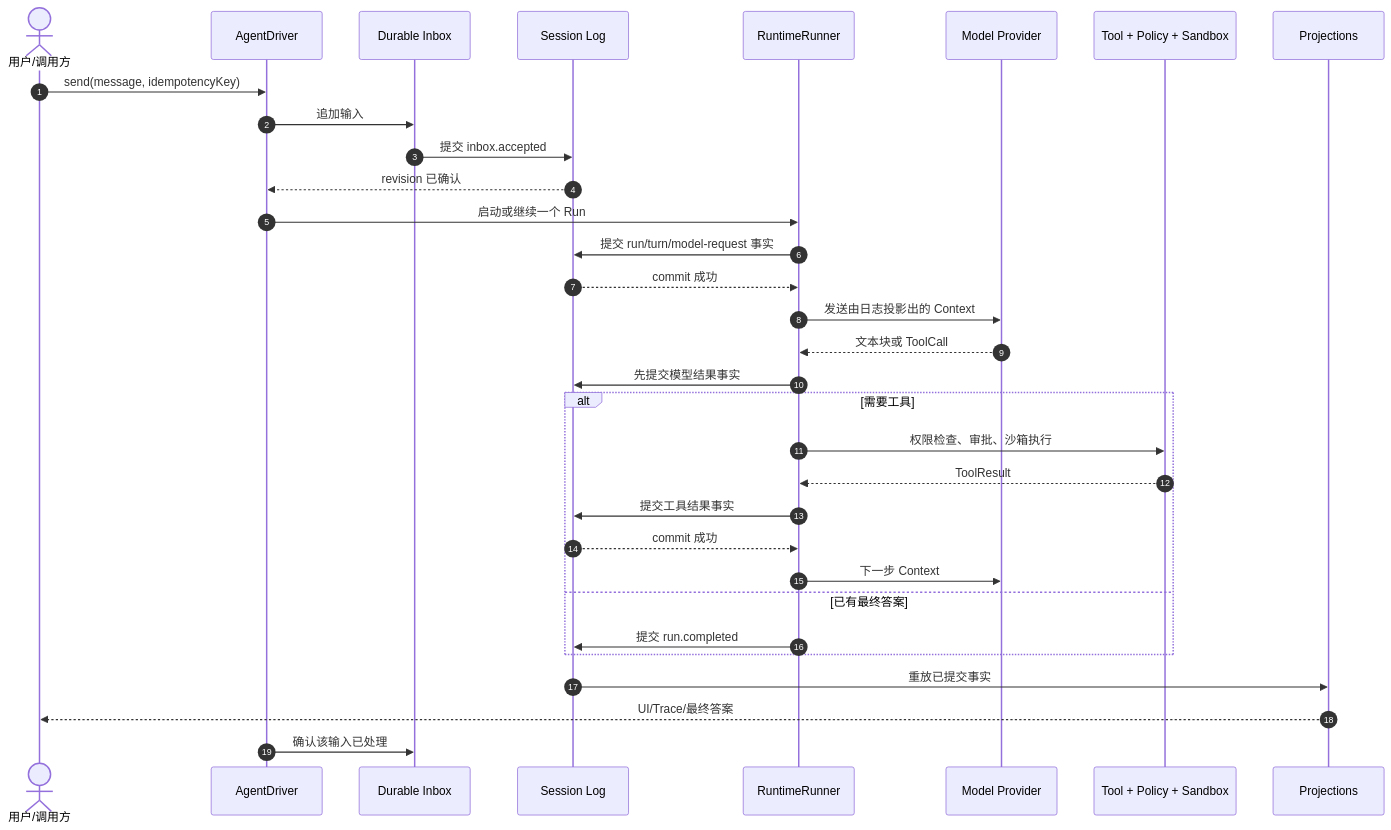
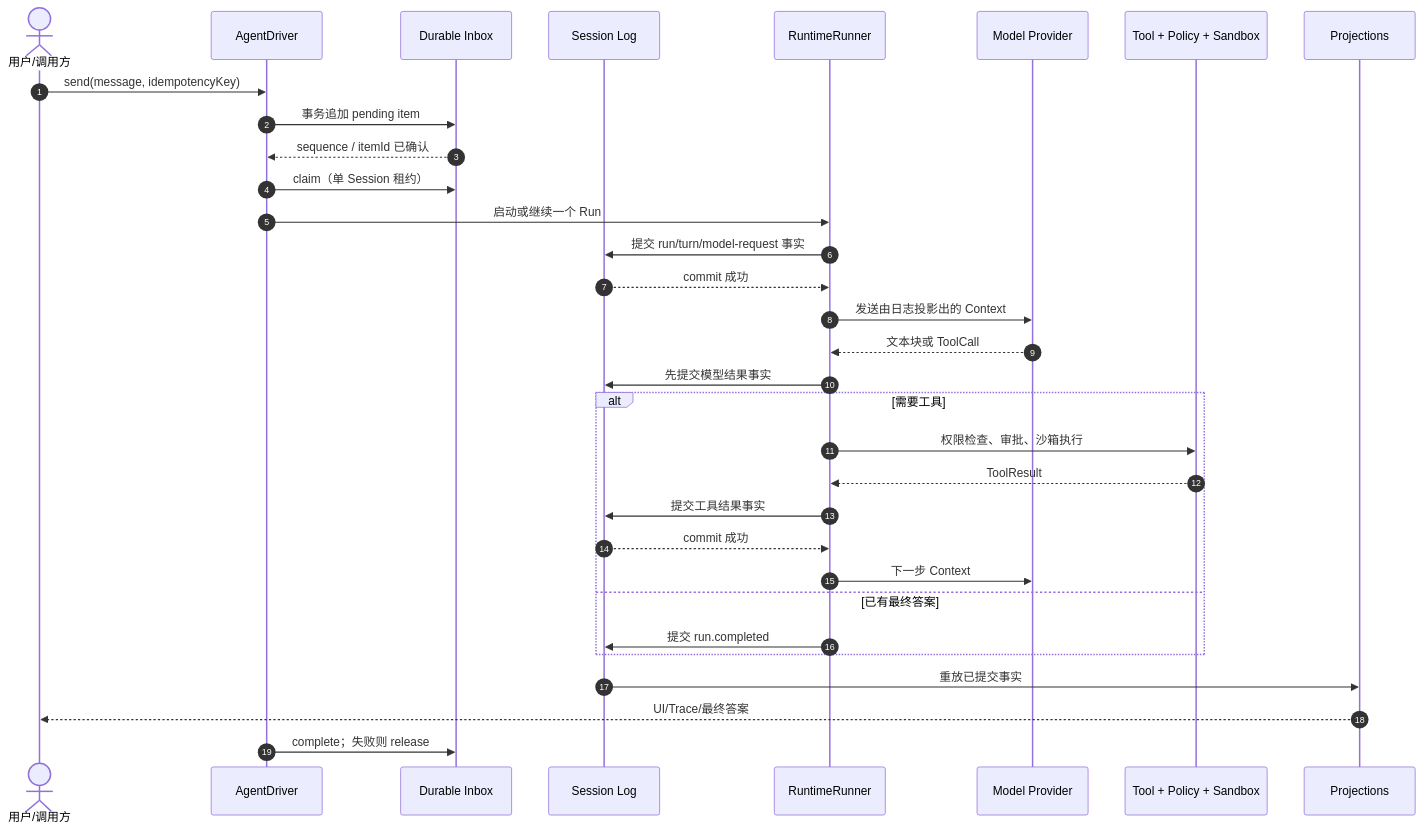
The diagram in docs/data-flow/next-agent-data-flow.md (hk865/coding-agent), drawn with Mermaid before and after one commit. The commit also changed other lines of this file and 19 other files, not shown here.

Commit message:
feat: add durable inbox and agent driver

````diff
--- a/docs/data-flow/next-agent-data-flow.md
+++ b/docs/data-flow/next-agent-data-flow.md
@@ -13,35 +13,35 @@
 ```mermaid
 sequenceDiagram
   autonumber
   actor User as 用户/调用方
   participant Driver as AgentDriver
   participant Inbox as Durable Inbox
   participant Log as Session Log
   participant Runner as RuntimeRunner
   participant Model as Model Provider
   participant Tool as Tool + Policy + Sandbox
   participant Projector as Projections
 
   User->>Driver: send(message, idempotencyKey)
-  Driver->>Inbox: 追加输入
-  Inbox->>Log: 提交 inbox.accepted
-  Log-->>Driver: revision 已确认
+  Driver->>Inbox: 事务追加 pending item
+  Inbox-->>Driver: sequence / itemId 已确认
+  Driver->>Inbox: claim（单 Session 租约）
   Driver->>Runner: 启动或继续一个 Run
   Runner->>Log: 提交 run/turn/model-request 事实
   Log-->>Runner: commit 成功
   Runner->>Model: 发送由日志投影出的 Context
   Model-->>Runner: 文本块或 ToolCall
   Runner->>Log: 先提交模型结果事实
   alt 需要工具
     Runner->>Tool: 权限检查、审批、沙箱执行
     Tool-->>Runner: ToolResult
     Runner->>Log: 提交工具结果事实
     Log-->>Runner: commit 成功
     Runner->>Model: 下一步 Context
   else 已有最终答案
     Runner->>Log: 提交 run.completed
   end
   Log->>Projector: 重放已提交事实
   Projector-->>User: UI/Trace/最终答案
-  Driver->>Inbox: 确认该输入已处理
+  Driver->>Inbox: complete；失败则 release
 ```
````
